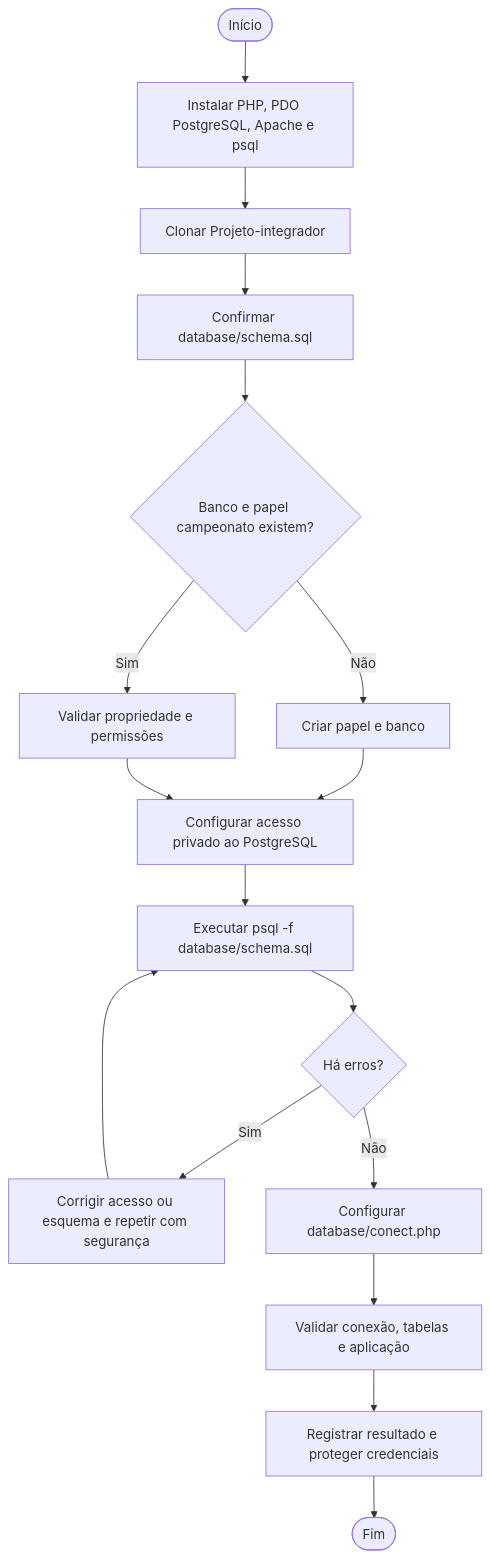
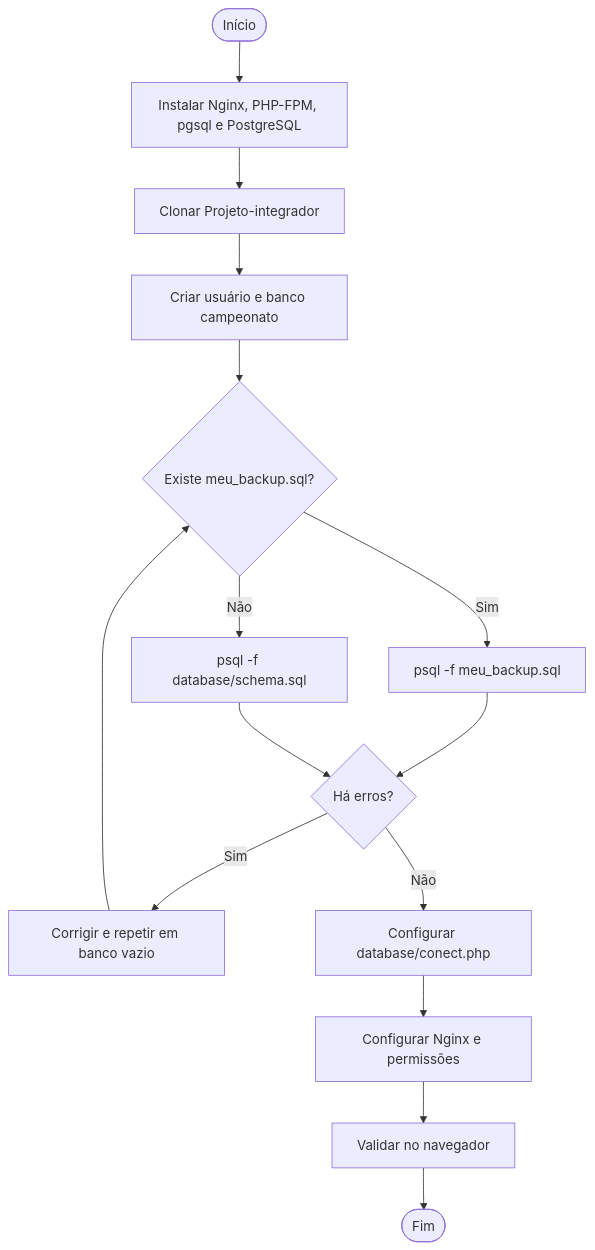
The fourth of 4 diagrams in README.md (filipelucioo/Projeto-integrador), drawn with Mermaid before and after one commit. The commit also changed other lines of this file and 1 other file, not shown here.

````diff
--- a/README.md
+++ b/README.md
@@ -281,19 +506,17 @@
 ```mermaid
 flowchart TD
-    A([Início]) --> B[Instalar PHP, PDO PostgreSQL, Apache e psql]
+    A([Início]) --> B[Instalar Nginx, PHP-FPM, pgsql e PostgreSQL]
     B --> C[Clonar Projeto-integrador]
-    C --> D[Confirmar database/schema.sql]
-    D --> E{Banco e papel campeonato existem?}
-    E -- Não --> F[Criar papel e banco]
-    E -- Sim --> G[Validar propriedade e permissões]
-    F --> H[Configurar acesso privado ao PostgreSQL]
+    C --> D[Criar usuário e banco campeonato]
+    D --> E{Existe meu_backup.sql?}
+    E -- Sim --> F[psql -f meu_backup.sql]
+    E -- Não --> G[psql -f database/schema.sql]
+    F --> H{Há erros?}
     G --> H
-    H --> I[Executar psql -f database/schema.sql]
-    I --> J{Há erros?}
-    J -- Sim --> K[Corrigir acesso ou esquema e repetir com segurança]
-    K --> I
-    J -- Não --> L[Configurar database/conect.php]
-    L --> M[Validar conexão, tabelas e aplicação]
-    M --> N[Registrar resultado e proteger credenciais]
-    N --> O([Fim])
+    H -- Sim --> I[Corrigir e repetir em banco vazio]
+    I --> E
+    H -- Não --> J[Configurar database/conect.php]
+    J --> K[Configurar Nginx e permissões]
+    K --> L[Validar no navegador]
+    L --> M([Fim])
 ```
````
